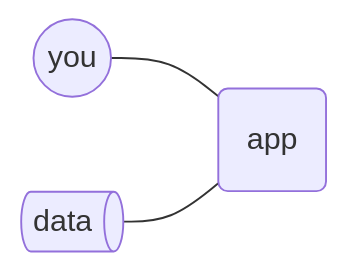
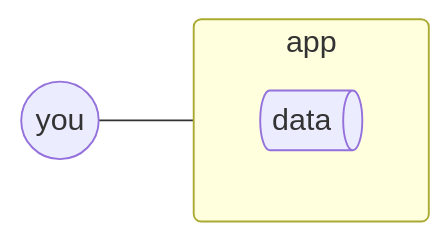
Before and after one commit to 0dataapp/bind: the first of 2 diagrams in docs/understand.md, drawn with Mermaid.

Commit message:
use subgraph for app

````diff
--- a/docs/understand.md
+++ b/docs/understand.md
@@ -12,5 +12,8 @@
 ```mermaid
 flowchart LR
   you@{ shape: circle } --- app@{ shape: rounded }
-  data@{ shape: das } --- app
+  subgraph app
+    data@{ shape: das }
+  end
+  style app rx:4px,ry:4px
 ```
````
